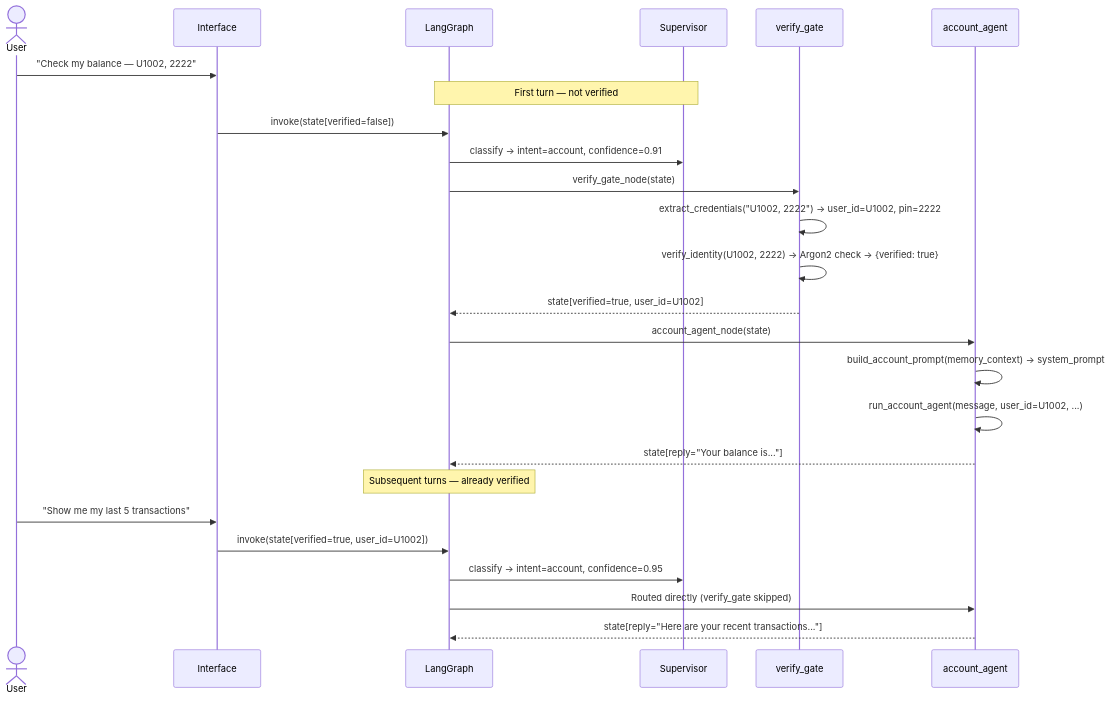
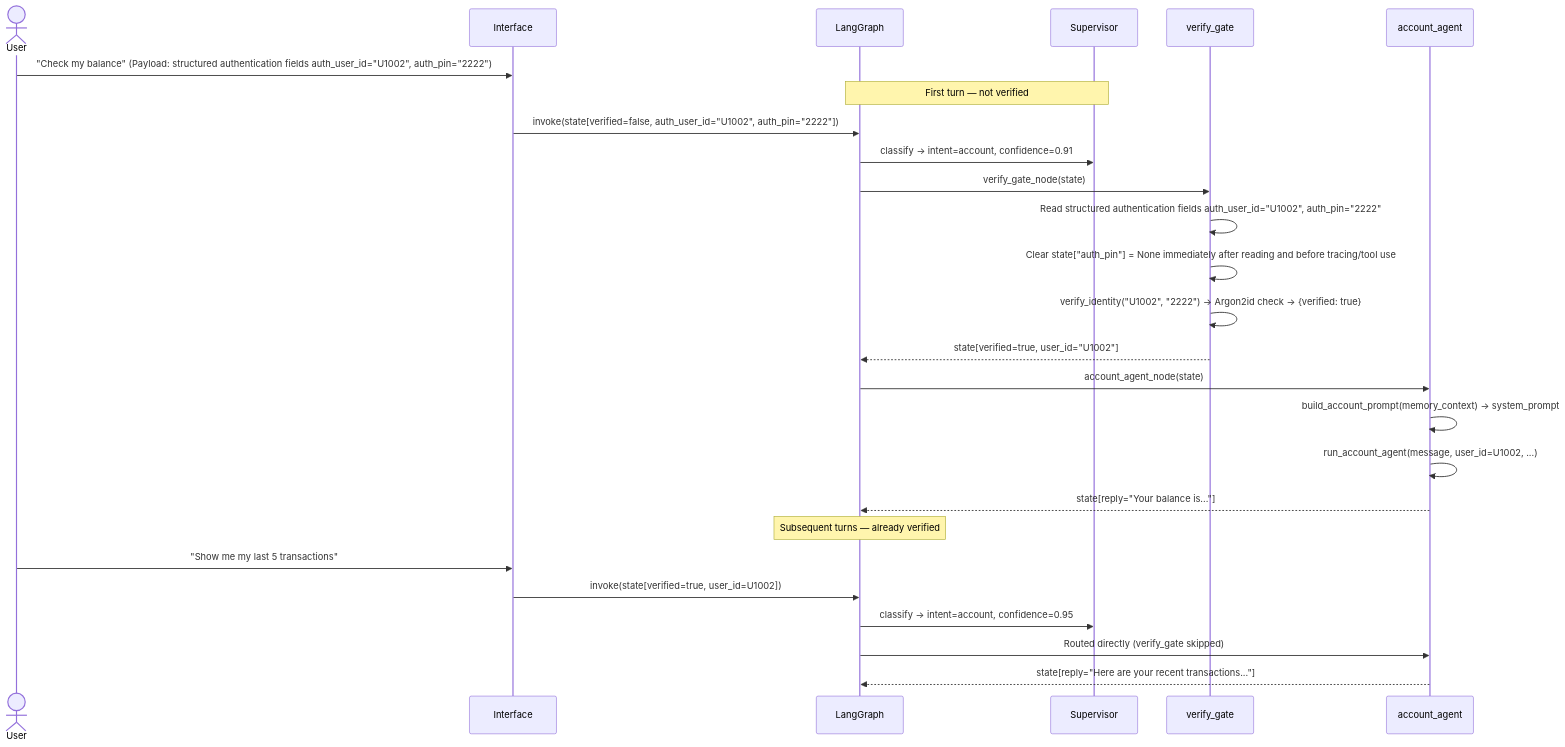
The second of 6 diagrams in docs/SEQUENCE_DIAGRAMS.md (vivanvj21/AI_Agent_for_Banking_Support), drawn with Mermaid before and after one commit. The commit also changed 57 other files, not shown here.

````diff
--- a/docs/SEQUENCE_DIAGRAMS.md
+++ b/docs/SEQUENCE_DIAGRAMS.md
@@ -67,30 +67,31 @@
 ```mermaid
 sequenceDiagram
     actor User
     participant Interface as Interface
     participant Graph as LangGraph
     participant Supervisor as Supervisor
     participant VGate as verify_gate
     participant Agent as account_agent
 
-    User->>Interface: "Check my balance — U1002, 2222"
+    User->>Interface: "Check my balance" (Payload: structured authentication fields auth_user_id="U1002", auth_pin="2222")
 
     Note over Graph,Supervisor: First turn — not verified
-    Interface->>Graph: invoke(state[verified=false])
+    Interface->>Graph: invoke(state[verified=false, auth_user_id="U1002", auth_pin="2222"])
     Graph->>Supervisor: classify → intent=account, confidence=0.91
     Graph->>VGate: verify_gate_node(state)
-    VGate->>VGate: extract_credentials("U1002, 2222") → user_id=U1002, pin=2222
-    VGate->>VGate: verify_identity(U1002, 2222) → Argon2 check → {verified: true}
-    VGate-->>Graph: state[verified=true, user_id=U1002]
+    VGate->>VGate: Read structured authentication fields auth_user_id="U1002", auth_pin="2222"
+    VGate->>VGate: Clear state["auth_pin"] = None immediately after reading and before tracing/tool use
+    VGate->>VGate: verify_identity("U1002", "2222") → Argon2id check → {verified: true}
+    VGate-->>Graph: state[verified=true, user_id="U1002"]
     Graph->>Agent: account_agent_node(state)
     Agent->>Agent: build_account_prompt(memory_context) → system_prompt
     Agent->>Agent: run_account_agent(message, user_id=U1002, ...)
     Agent-->>Graph: state[reply="Your balance is..."]
 
     Note over Graph: Subsequent turns — already verified
     User->>Interface: "Show me my last 5 transactions"
     Interface->>Graph: invoke(state[verified=true, user_id=U1002])
     Graph->>Supervisor: classify → intent=account, confidence=0.95
     Graph->>Agent: Routed directly (verify_gate skipped)
     Agent-->>Graph: state[reply="Here are your recent transactions..."]
 ```
````
